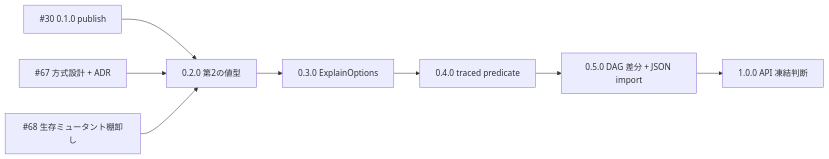
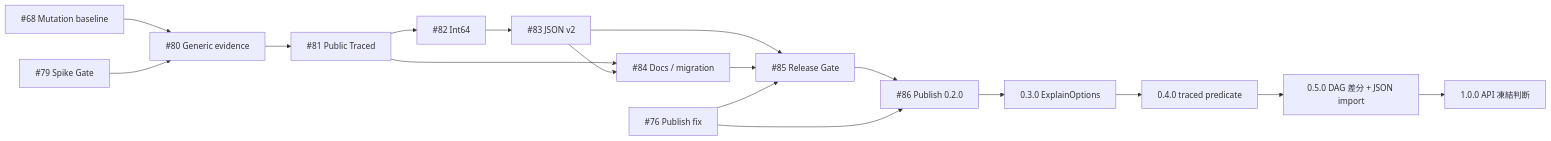
The second of 2 diagrams in docs/project-execution-plan.md (urario/Yurai), drawn with Mermaid before and after one commit. The commit also changed other lines of this file, not shown here.

Commit message:
docs: sync execution plan after 0.1.0 release

````diff
--- a/docs/project-execution-plan.md
+++ b/docs/project-execution-plan.md
@@ -197,10 +206,19 @@
 ```mermaid
 flowchart LR
-    I30["#30 0.1.0 publish"] --> R2["0.2.0 第2の値型"]
-    I67["#67 方式設計 + ADR"] --> R2
-    I68["#68 生存ミュータント棚卸し"] --> R2
-    R2 --> R3["0.3.0 ExplainOptions"]
+    I68["#68 Mutation baseline"] --> I80["#80 Generic evidence"]
+    I79["#79 Spike Gate"] --> I80
+    I80 --> I81["#81 Public Traced<T>"]
+    I81 --> I82["#82 Int64"]
+    I82 --> I83["#83 JSON v2"]
+    I81 --> I84["#84 Docs / migration"]
+    I83 --> I84
+    I83 --> I85["#85 Release Gate"]
+    I84 --> I85
+    I76["#76 Publish fix"] --> I85
+    I85 --> I86["#86 Publish 0.2.0"]
+    I76 --> I86
+    I86 --> R3["0.3.0 ExplainOptions"]
     R3 --> R4["0.4.0 traced predicate"]
     R4 --> R5["0.5.0 DAG 差分 + JSON import"]
     R5 --> R10["1.0.0 API 凍結判断"]
 ```
````
